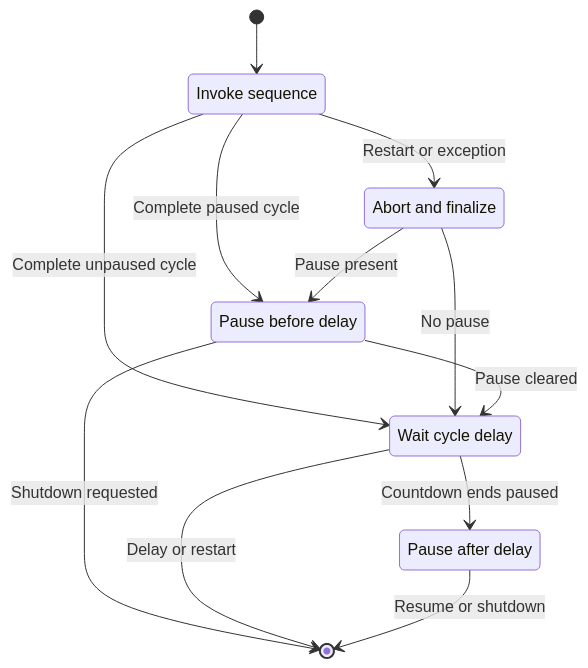
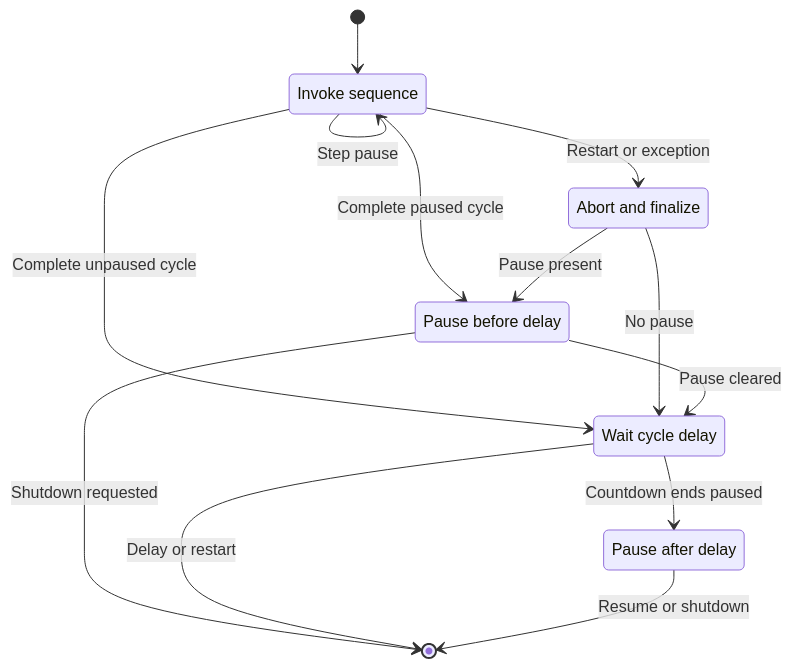
One commit to alissonsol/yuruna changed the fifth of 7 diagrams in docs/design/04-lifecycle-state.md. Above: the diagram before and after it, drawn with Mermaid. The commit also changed other lines of this file and 1371 other files, not shown here.

````diff
--- a/docs/design/04-lifecycle-state.md
+++ b/docs/design/04-lifecycle-state.md
@@ -93,19 +122,20 @@
 ```mermaid
 stateDiagram-v2
     state "Invoke sequence" as invoke_sequence
     state "Abort and finalize" as remove_guest_vm_quietly
     state "Pause before delay" as wait_cycle_pause_flag_before_delay
     state "Wait cycle delay" as wait_with_progress
     state "Pause after delay" as wait_cycle_pause_flag_after_delay
     [*] --> invoke_sequence
+    invoke_sequence --> invoke_sequence: Step pause
     invoke_sequence --> remove_guest_vm_quietly: Restart or exception
     invoke_sequence --> wait_cycle_pause_flag_before_delay: Complete paused cycle
     invoke_sequence --> wait_with_progress: Complete unpaused cycle
     remove_guest_vm_quietly --> wait_cycle_pause_flag_before_delay: Pause present
     remove_guest_vm_quietly --> wait_with_progress: No pause
     wait_cycle_pause_flag_before_delay --> wait_with_progress: Pause cleared
     wait_cycle_pause_flag_before_delay --> [*]: Shutdown requested
     wait_with_progress --> wait_cycle_pause_flag_after_delay: Countdown ends paused
     wait_with_progress --> [*]: Delay or restart
     wait_cycle_pause_flag_after_delay --> [*]: Resume or shutdown
 ```
````
